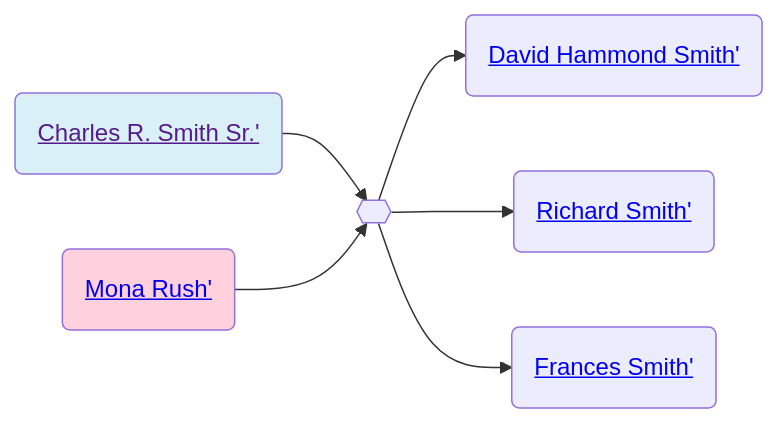
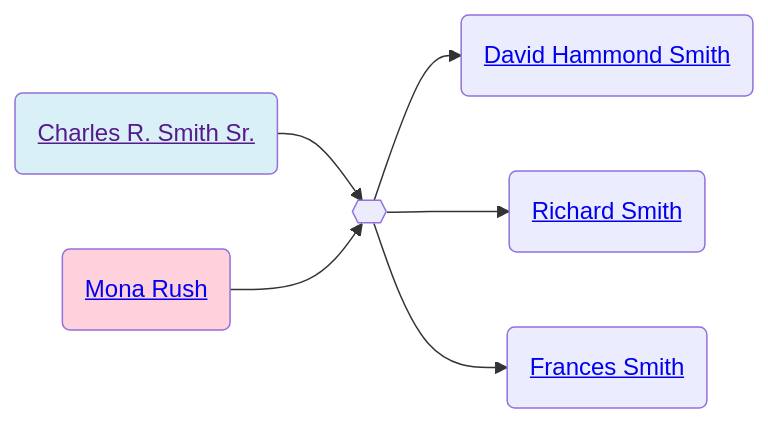
The diagram in familyhistory/sources/people/Smith-line/Charles_R._Smith_sr..qmd (neelsmith/avocational), drawn with Mermaid before and after one commit. The commit also changed 96 other files, not shown here.

````diff
--- a/familyhistory/sources/people/Smith-line/Charles_R._Smith_sr..qmd
+++ b/familyhistory/sources/people/Smith-line/Charles_R._Smith_sr..qmd
@@ -30,20 +30,20 @@
 ```{mermaid}
 graph LR
 %% LR descendant diagram
 class Charles_R._Smith_Sr._and_Mona_Rush marriage
-Charles_R._Smith_Sr.(<a href=''>Charles R. Smith Sr.'</>) --> Charles_R._Smith_Sr._and_Mona_Rush{{ }}
-Mona_Rush(<a href='./../Rush-line/Mona_Rush.html'>Mona Rush'</>) --> Charles_R._Smith_Sr._and_Mona_Rush{{ }}
+Charles_R._Smith_Sr.(<a href=''>Charles R. Smith Sr.</a>) --> Charles_R._Smith_Sr._and_Mona_Rush{{ }}
+Mona_Rush(<a href='./../Rush-line/Mona_Rush.html'>Mona Rush</a>) --> Charles_R._Smith_Sr._and_Mona_Rush{{ }}
 class Charles_R._Smith_Sr. father
 class Mona_Rush mother
-Charles_R._Smith_Sr._and_Mona_Rush{{ }} --> David_Hammond_Smith(<a href='./David_Hammond_Smith.html'>David Hammond Smith'</>)
+Charles_R._Smith_Sr._and_Mona_Rush{{ }} --> David_Hammond_Smith(<a href='./David_Hammond_Smith.html'>David Hammond Smith</a>)
 class Charles_R._Smith_Sr. father
 class Mona_Rush mother
-Charles_R._Smith_Sr._and_Mona_Rush{{ }} --> Richard_Smith(<a href='./Richard_Smith.html'>Richard Smith'</>)
+Charles_R._Smith_Sr._and_Mona_Rush{{ }} --> Richard_Smith(<a href='./Richard_Smith.html'>Richard Smith</a>)
 class Charles_R._Smith_Sr. father
 class Mona_Rush mother
-Charles_R._Smith_Sr._and_Mona_Rush{{ }} --> Frances_Smith(<a href='./Frances_Smith.html'>Frances Smith'</>)
+Charles_R._Smith_Sr._and_Mona_Rush{{ }} --> Frances_Smith(<a href='./Frances_Smith.html'>Frances Smith</a>)
 classDef mother fill:#ffd1dc
 classDef father fill:#daf0f7  
 classDef marriage fill:#ffffff
 
 ```
````
